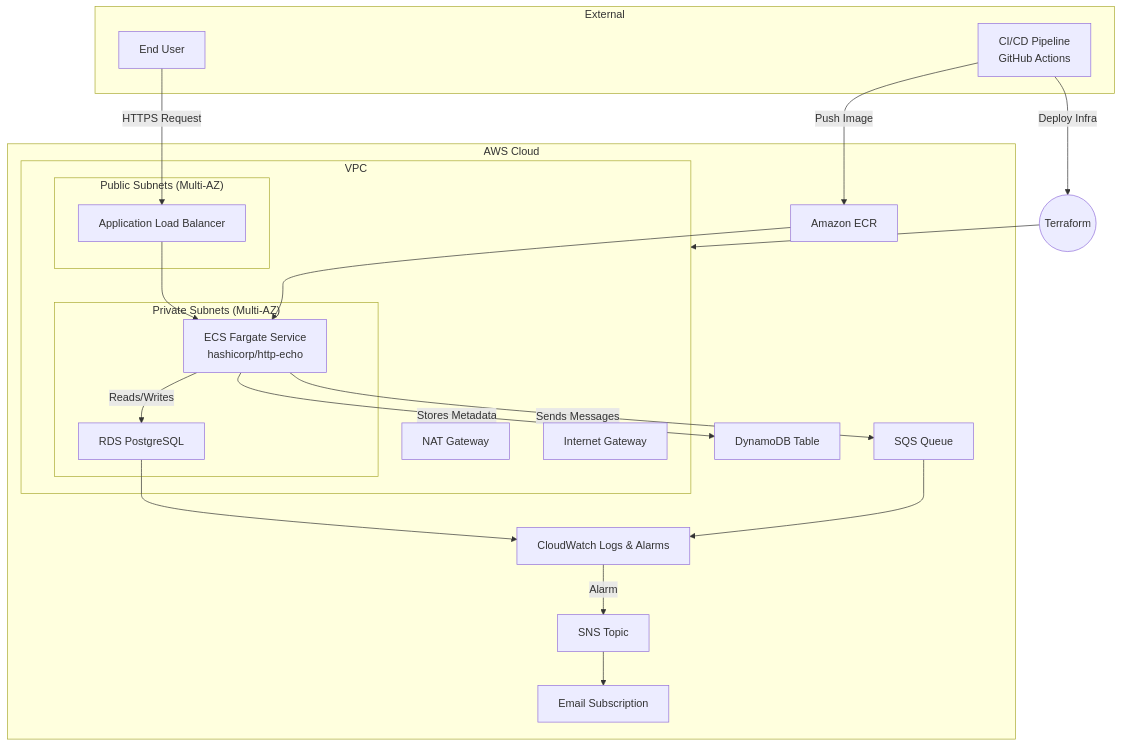
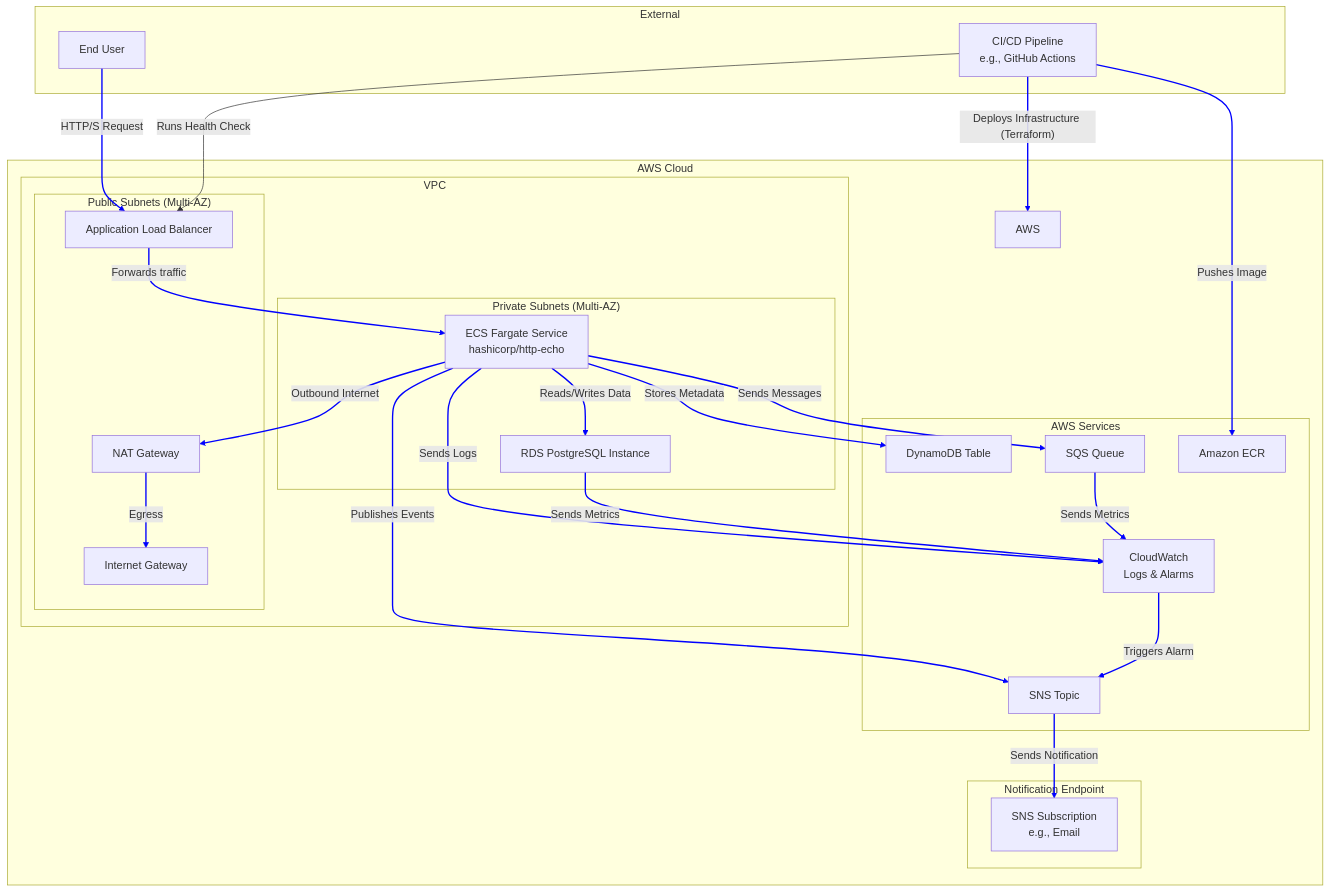
The diagram in README.md (adyoli/AWS-Messaging-System-Infrastructure), drawn with Mermaid before and after one commit.

Commit message:
fixing mermaid to better reflect infra

````diff
--- a/README.md
+++ b/README.md
@@ -18,40 +18,55 @@
 ```mermaid
 graph TD
-  subgraph "External"
-    User[End User]
-    CI[CI/CD Pipeline<br>GitHub Actions]
-  end
-  subgraph "AWS Cloud"
-    subgraph "VPC"
-      subgraph "Public Subnets (Multi-AZ)"
-        ALB[Application Load Balancer]
-      end
-      subgraph "Private Subnets (Multi-AZ)"
-        ECS[ECS Fargate Service<br>hashicorp/http-echo]
-        RDS[RDS PostgreSQL]
-      end
-      NAT[NAT Gateway]
-      IGW[Internet Gateway]
+    subgraph "External"
+        User[End User]
+        CICD[CI/CD Pipeline <br> e.g., GitHub Actions]
     end
-    ECR[Amazon ECR]
-    DDB[DynamoDB Table]
-    SQS[SQS Queue]
-    SNS[SNS Topic]
-    CW[CloudWatch Logs & Alarms]
-    SNSSub[Email Subscription]
-  end
 
-  User -->|HTTPS Request| ALB
-  CI -->|Push Image| ECR
-  CI -->|Deploy Infra| Terraform((Terraform))
-  Terraform --> VPC
-  ECR --> ECS
-  ALB --> ECS
-  ECS -->|Reads/Writes| RDS
-  ECS -->|Stores Metadata| DDB
-  ECS -->|Sends Messages| SQS
-  SQS --> CW
-  RDS --> CW
-  CW -->|Alarm| SNS
-  SNS --> SNSSub
+    subgraph "AWS Cloud"
+        subgraph "VPC"
+            subgraph "Public Subnets (Multi-AZ)"
+                ALB[Application Load Balancer]
+                NAT[NAT Gateway]
+                IGW[Internet Gateway]
+            end
+
+            subgraph "Private Subnets (Multi-AZ)"
+                ECS[ECS Fargate Service <br> hashicorp/http-echo]
+                RDS[RDS PostgreSQL Instance]
+            end
+        end
+
+        subgraph "AWS Services"
+            DynamoDB[DynamoDB Table]
+            SQS[SQS Queue]
+            SNS[SNS Topic]
+            CloudWatch[CloudWatch <br> Logs & Alarms]
+            ECR[Amazon ECR]
+        end
+
+        subgraph "Notification Endpoint"
+            Subscription[SNS Subscription <br> e.g., Email]
+        end
+
+
+        User -- HTTP/S Request --> ALB
+        ALB -- Forwards traffic --> ECS
+        ECS -- Outbound Internet --> NAT -- Egress --> IGW
+        ECS -- Reads/Writes Data --> RDS
+        ECS -- Stores Metadata --> DynamoDB
+        ECS -- Sends Messages --> SQS
+        ECS -- Publishes Events --> SNS
+        ECS -- Sends Logs --> CloudWatch
+
+        RDS -- Sends Metrics --> CloudWatch
+        SQS -- Sends Metrics --> CloudWatch
+        CloudWatch -- Triggers Alarm --> SNS
+        SNS -- Sends Notification --> Subscription
+
+        CICD -- Pushes Image --> ECR
+        CICD -- Deploys Infrastructure (Terraform) --> AWS
+        CICD -- Runs Health Check --> ALB
+    end
+
+    linkStyle 0,1,2,3,4,5,6,7,8,9,10,11,12,13,14 stroke-width:2px,fill:none,stroke:blue;
 ```
````
